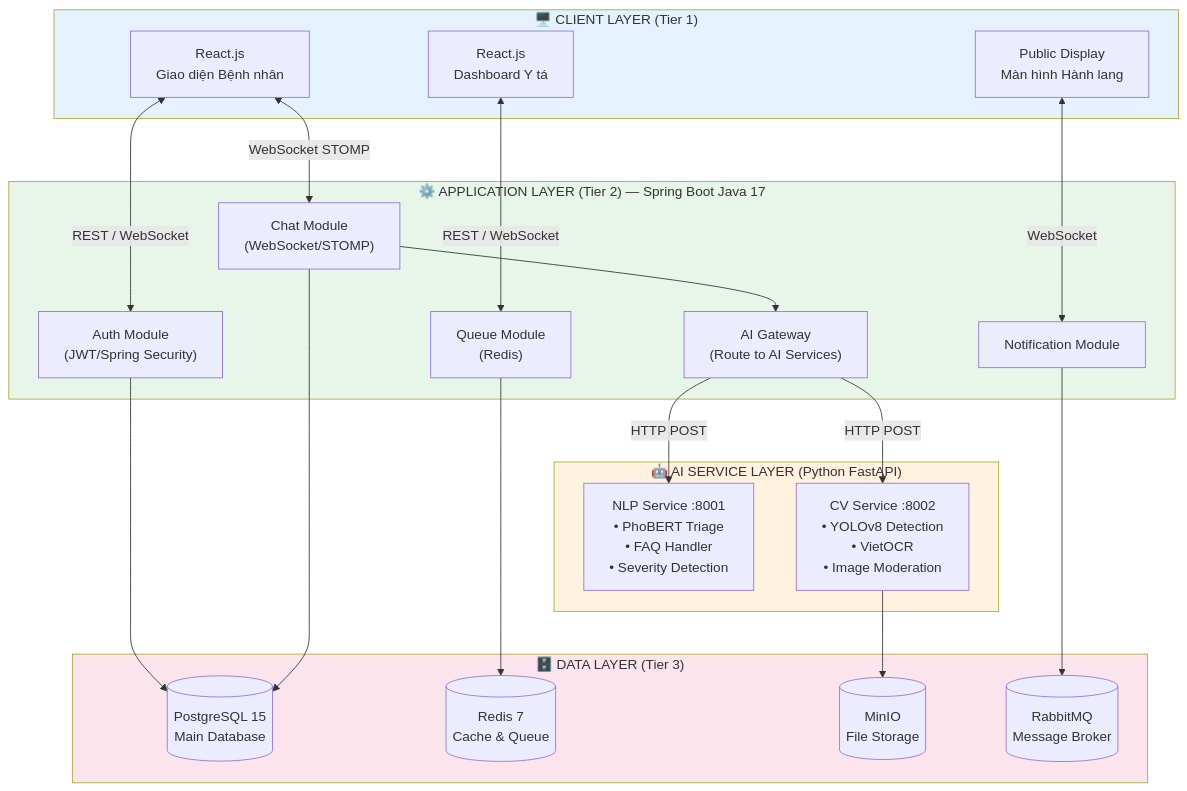
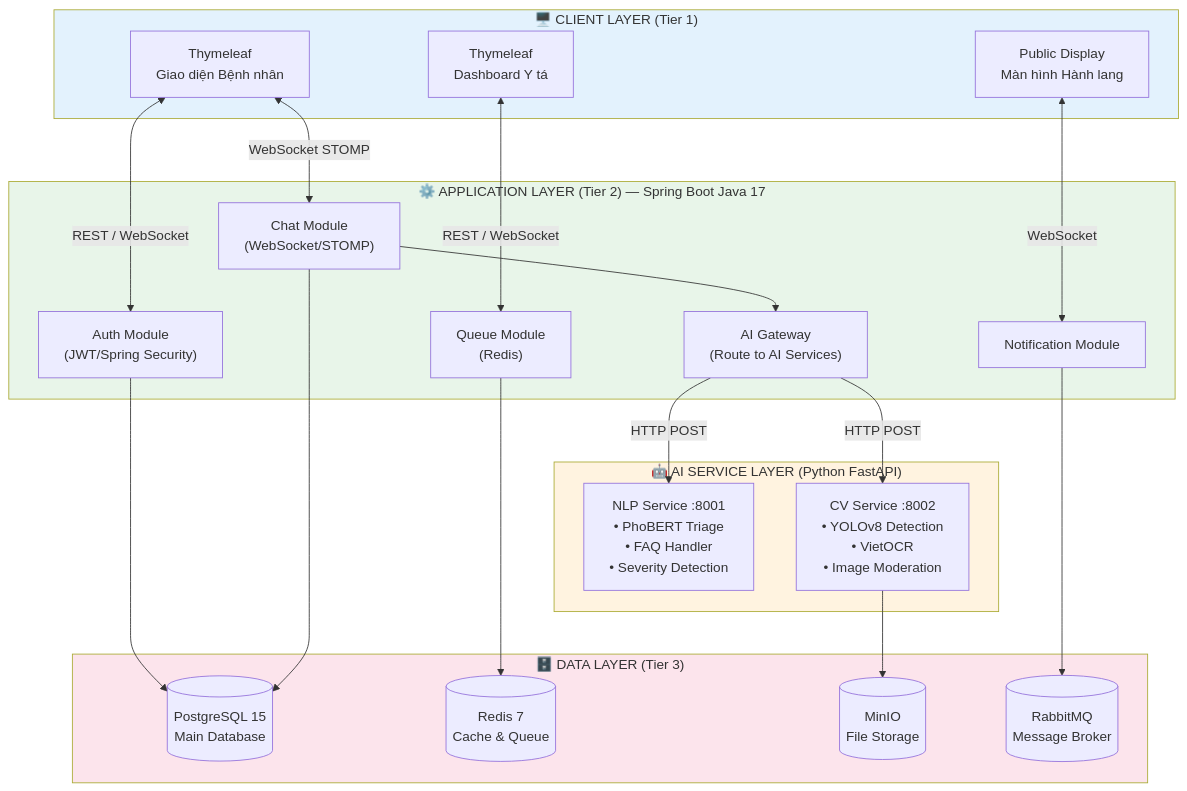
Before and after one commit to nguyng/DOANTRITUENHANTAO: diagram 13 of 18 in So_Do_Mermaid.md, drawn with Mermaid. The commit also changed other lines of this file and 38 other files, not shown here.

````diff
--- a/So_Do_Mermaid.md
+++ b/So_Do_Mermaid.md
@@ -544,48 +541,48 @@
 ```mermaid
 graph TB
     subgraph CLIENT["🖥️ CLIENT LAYER (Tier 1)"]
-        BNW["React.js\nGiao diện Bệnh nhân"]
-        NUR["React.js\nDashboard Y tá"]
+        BNW["Thymeleaf\nGiao diện Bệnh nhân"]
+        NUR["Thymeleaf\nDashboard Y tá"]
         DIS["Public Display\nMàn hình Hành lang"]
     end
 
     subgraph APP["⚙️ APPLICATION LAYER (Tier 2) — Spring Boot Java 17"]
         AUTH["Auth Module\n(JWT/Spring Security)"]
         CHAT["Chat Module\n(WebSocket/STOMP)"]
         QUEUE["Queue Module\n(Redis)"]
         NOTIF["Notification Module"]
         GW["AI Gateway\n(Route to AI Services)"]
     end
 
     subgraph AI["🤖 AI SERVICE LAYER (Python FastAPI)"]
         NLP["NLP Service :8001\n• PhoBERT Triage\n• FAQ Handler\n• Severity Detection"]
         CV["CV Service :8002\n• YOLOv8 Detection\n• VietOCR\n• Image Moderation"]
     end
 
     subgraph DATA["🗄️ DATA LAYER (Tier 3)"]
         PG[("PostgreSQL 15\nMain Database")]
         RD[("Redis 7\nCache & Queue")]
         MN[("MinIO\nFile Storage")]
         RMQ[("RabbitMQ\nMessage Broker")]
     end
 
     BNW <-->|"REST / WebSocket"| AUTH
     BNW <-->|"WebSocket STOMP"| CHAT
     NUR <-->|"REST / WebSocket"| QUEUE
     DIS <-->|"WebSocket"| NOTIF
 
     CHAT --> GW
     GW -->|"HTTP POST"| NLP
     GW -->|"HTTP POST"| CV
 
     AUTH --> PG
     CHAT --> PG
     QUEUE --> RD
     NOTIF --> RMQ
     CV --> MN
 
     style CLIENT fill:#e3f2fd
     style APP fill:#e8f5e9
     style AI fill:#fff3e0
     style DATA fill:#fce4ec
 ```
````
